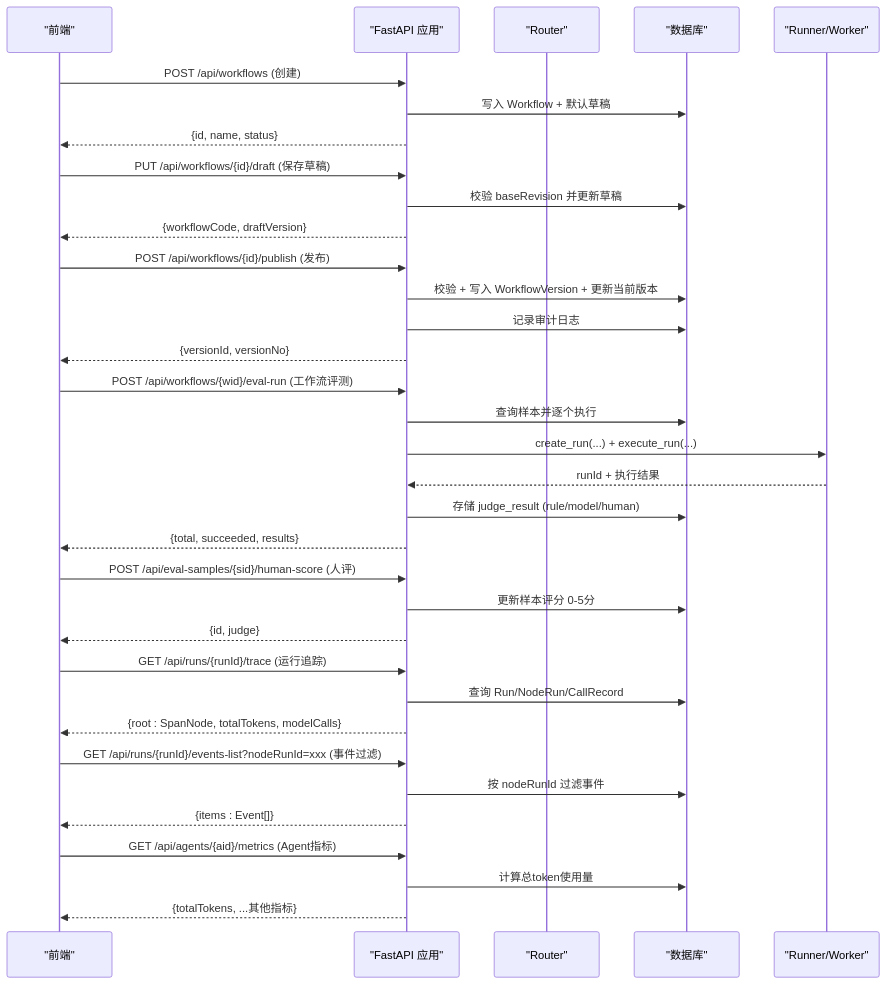
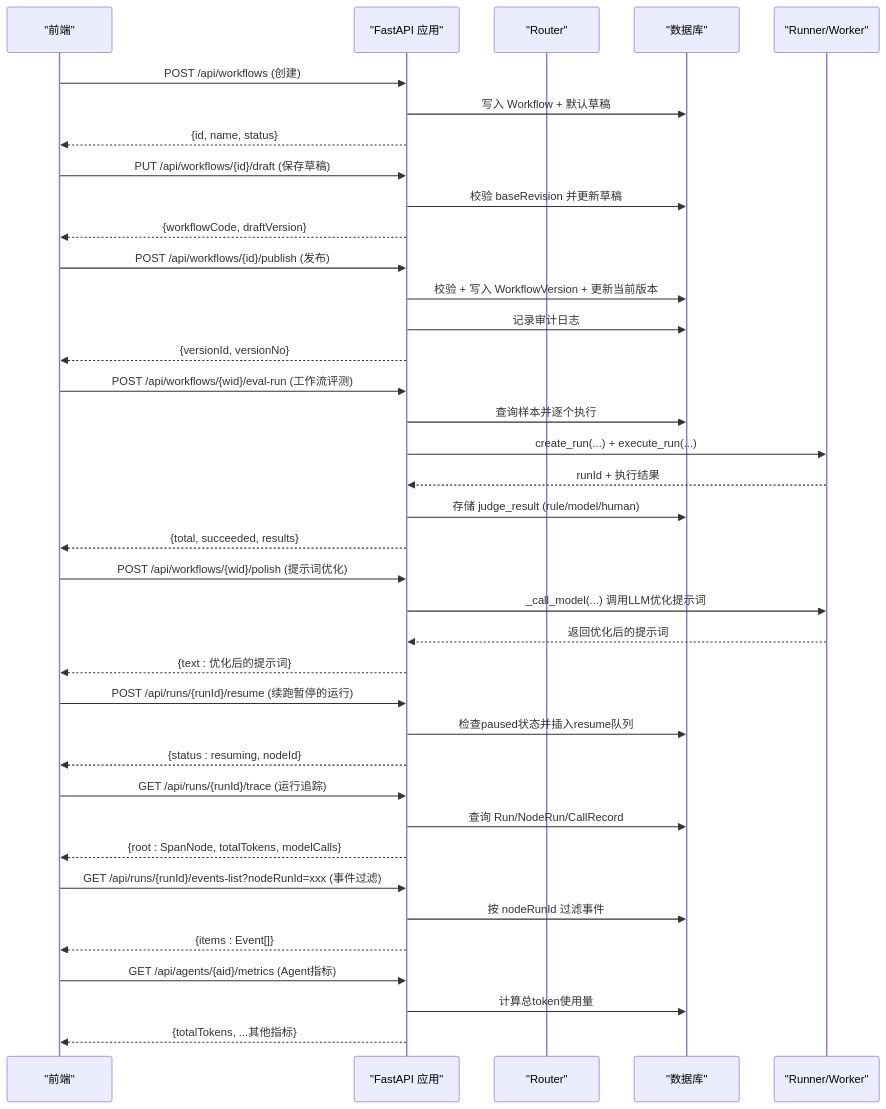
Before and after one commit to huiliuxu780/MoreThanCorn: the first of 3 diagrams in .qoder/repowiki/zh/content/后端架构与 API.md, drawn with Mermaid. The commit also changed other lines of this file and 132 other files, not shown here.

````diff
--- a/.qoder/repowiki/zh/content/后端架构与 API.md
+++ b/.qoder/repowiki/zh/content/后端架构与 API.md
@@ -56,36 +55,40 @@
 ```mermaid
 sequenceDiagram
 participant FE as "前端"
 participant API as "FastAPI 应用"
 participant R as "Router"
 participant DB as "数据库"
 participant W as "Runner/Worker"
 FE->>API : POST /api/workflows (创建)
 API->>DB : 写入 Workflow + 默认草稿
 API-->>FE : {id, name, status}
 FE->>API : PUT /api/workflows/{id}/draft (保存草稿)
 API->>DB : 校验 baseRevision 并更新草稿
 API-->>FE : {workflowCode, draftVersion}
 FE->>API : POST /api/workflows/{id}/publish (发布)
 API->>DB : 校验 + 写入 WorkflowVersion + 更新当前版本
 API->>DB : 记录审计日志
 API-->>FE : {versionId, versionNo}
 FE->>API : POST /api/workflows/{wid}/eval-run (工作流评测)
 API->>DB : 查询样本并逐个执行
 API->>W : create_run(...) + execute_run(...)
 W-->>API : runId + 执行结果
 API->>DB : 存储 judge_result (rule/model/human)
 API-->>FE : {total, succeeded, results}
-FE->>API : POST /api/eval-samples/{sid}/human-score (人评)
-API->>DB : 更新样本评分 0-5分
-API-->>FE : {id, judge}
+FE->>API : POST /api/workflows/{wid}/polish (提示词优化)
+API->>W : _call_model(...) 调用LLM优化提示词
+W-->>API : 返回优化后的提示词
+API-->>FE : {text : 优化后的提示词}
+FE->>API : POST /api/runs/{runId}/resume (续跑暂停的运行)
+API->>DB : 检查paused状态并插入resume队列
+API-->>FE : {status : resuming, nodeId}
 FE->>API : GET /api/runs/{runId}/trace (运行追踪)
 API->>DB : 查询 Run/NodeRun/CallRecord
 API-->>FE : {root : SpanNode, totalTokens, modelCalls}
 FE->>API : GET /api/runs/{runId}/events-list?nodeRunId=xxx (事件过滤)
 API->>DB : 按 nodeRunId 过滤事件
 API-->>FE : {items : Event[]}
 FE->>API : GET /api/agents/{aid}/metrics (Agent指标)
 API->>DB : 计算总token使用量
 API-->>FE : {totalTokens, ...其他指标}
 ```
````
